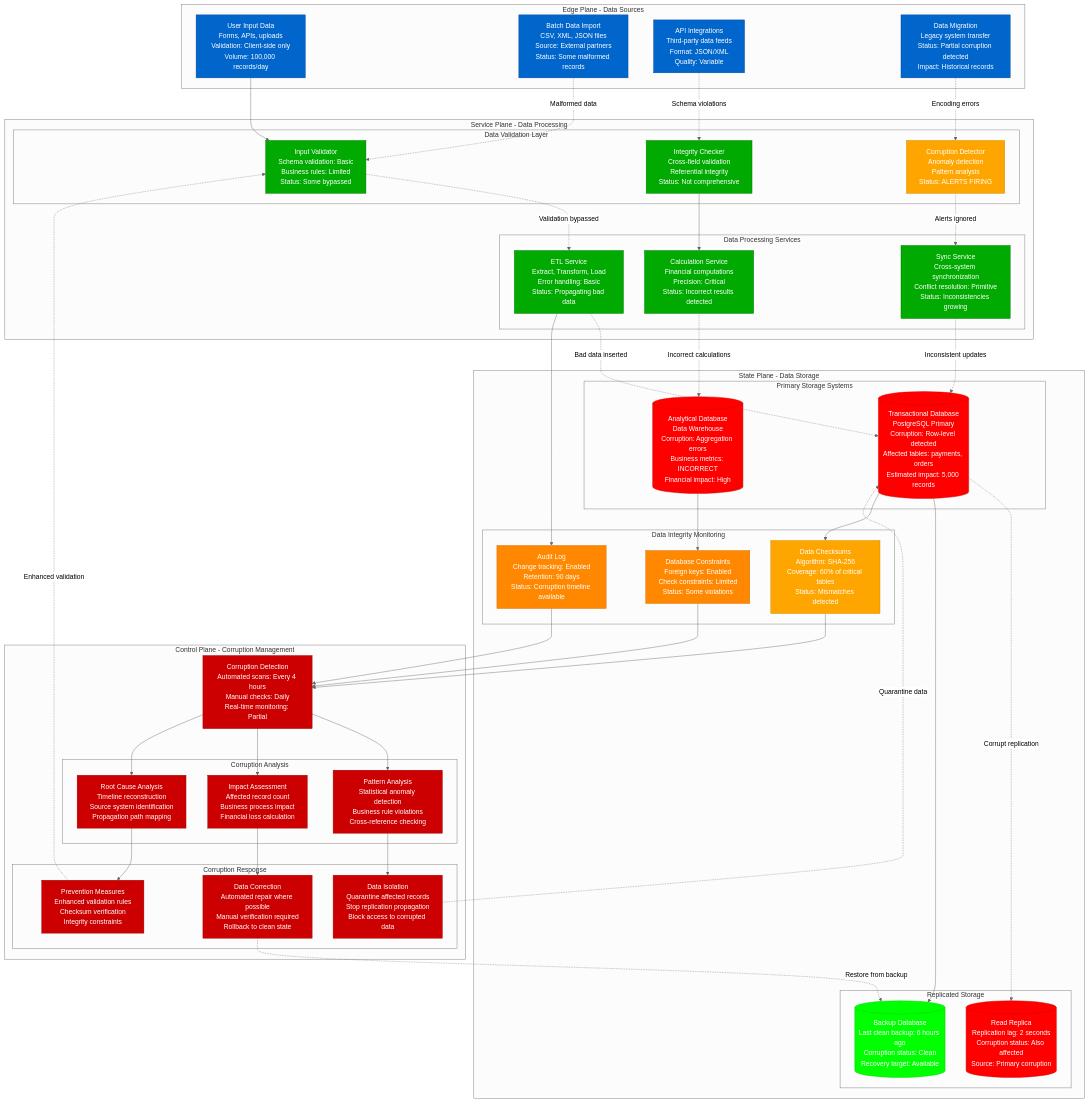
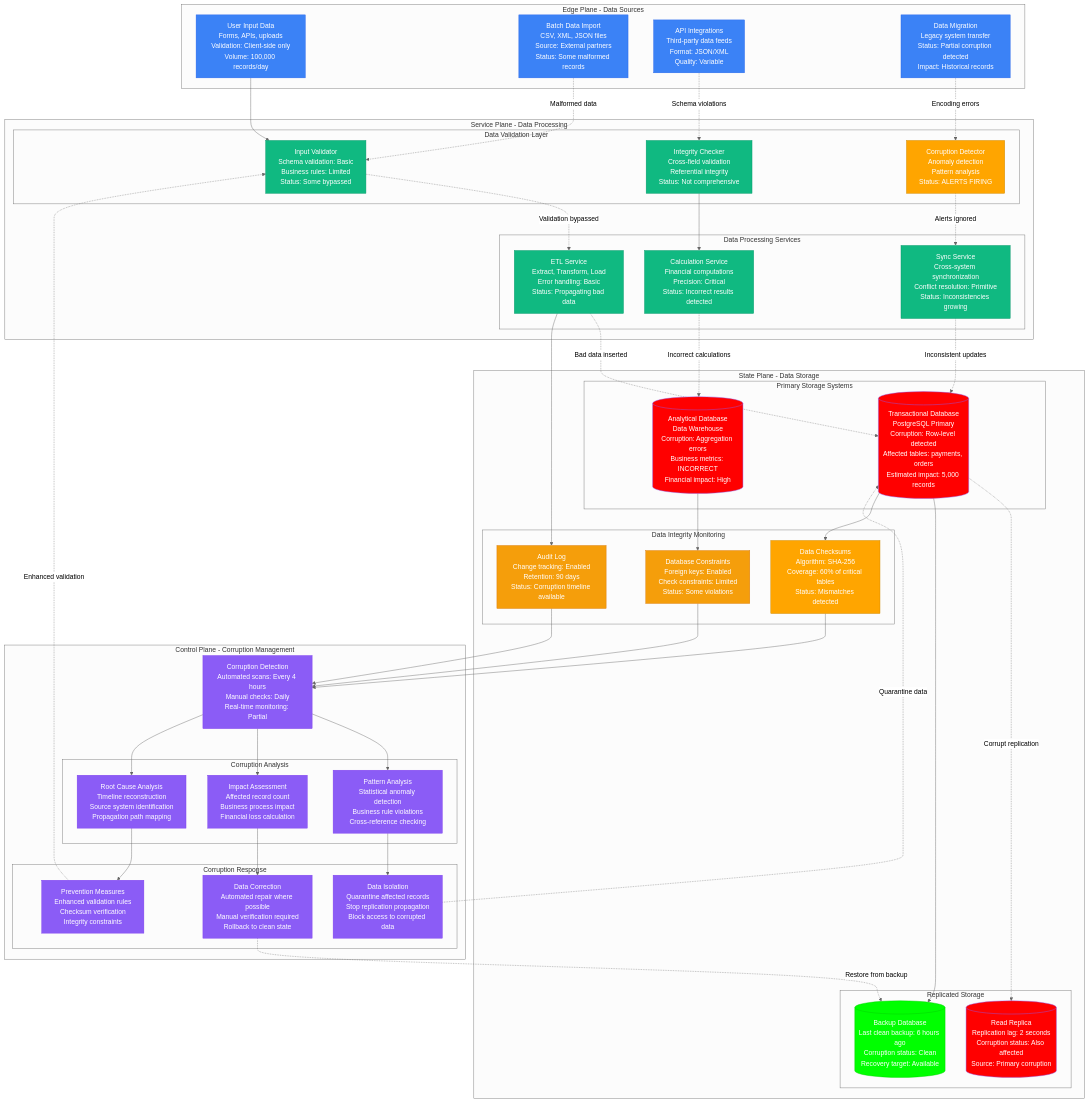
Before and after one commit to deepaucksharma/DS: the diagram in site/docs/incidents/response-patterns/data-consistency/data-corruption-detection.md, drawn with Mermaid (neutral theme). The commit also changed 303 other files, not shown here.

```diff
--- a/site/docs/incidents/response-patterns/data-consistency/data-corruption-detection.md
+++ b/site/docs/incidents/response-patterns/data-consistency/data-corruption-detection.md
@@ -112,11 +112,11 @@
     PREVENTION -.->|"Enhanced validation"| INPUT_VALIDATOR
 
     %% 4-plane styling
-    classDef edgeStyle fill:#0066CC,stroke:#004499,color:#fff
-    classDef serviceStyle fill:#00AA00,stroke:#007700,color:#fff
-    classDef stateStyle fill:#FF8800,stroke:#CC6600,color:#fff
-    classDef controlStyle fill:#CC0000,stroke:#990000,color:#fff
-    classDef corruptedStyle fill:#FF0000,stroke:#CC0000,color:#fff
+    classDef edgeStyle fill:#3B82F6,stroke:#2563EB,color:#fff
+    classDef serviceStyle fill:#10B981,stroke:#059669,color:#fff
+    classDef stateStyle fill:#F59E0B,stroke:#D97706,color:#fff
+    classDef controlStyle fill:#8B5CF6,stroke:#7C3AED,color:#fff
+    classDef corruptedStyle fill:#FF0000,stroke:#8B5CF6,color:#fff
     classDef alertStyle fill:#FFA500,stroke:#CC8800,color:#fff
     classDef cleanStyle fill:#00FF00,stroke:#00CC00,color:#fff
 
```
